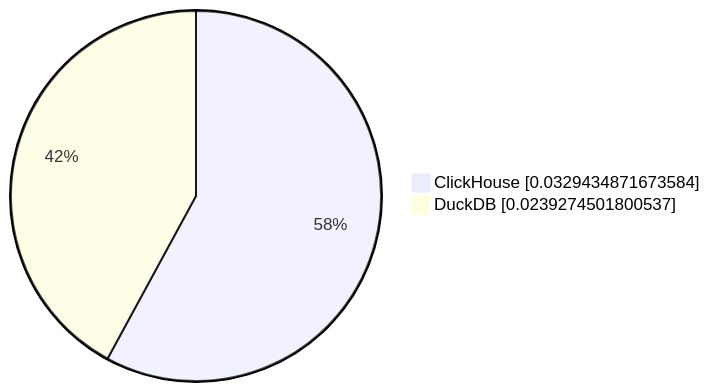
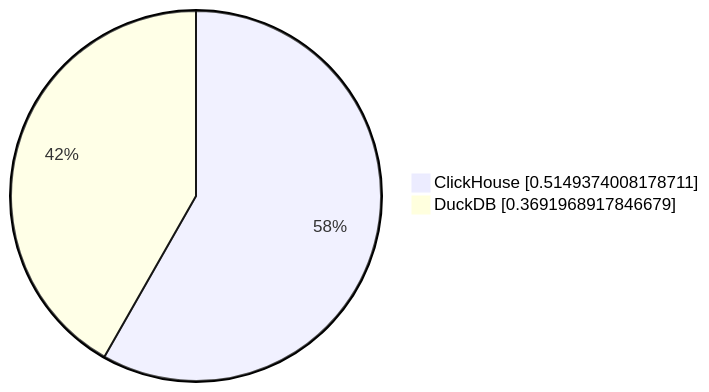
Before and after one commit to Altinity/clickhouse-regression: the tenth of 10 diagrams in parquet/performance/results/README.md, drawn with Mermaid. The commit also changed other lines of this file and 4 other files, not shown here.

````diff
--- a/parquet/performance/results/README.md
+++ b/parquet/performance/results/README.md
@@ -98,5 +100,5 @@
 ```mermaid
      pie showData
-         "ClickHouse" : 0.0329434871673584
-         "DuckDB" : 0.0239274501800537
+         "ClickHouse" : 0.5149374008178711
+         "DuckDB" : 0.3691968917846679
 ```
````
